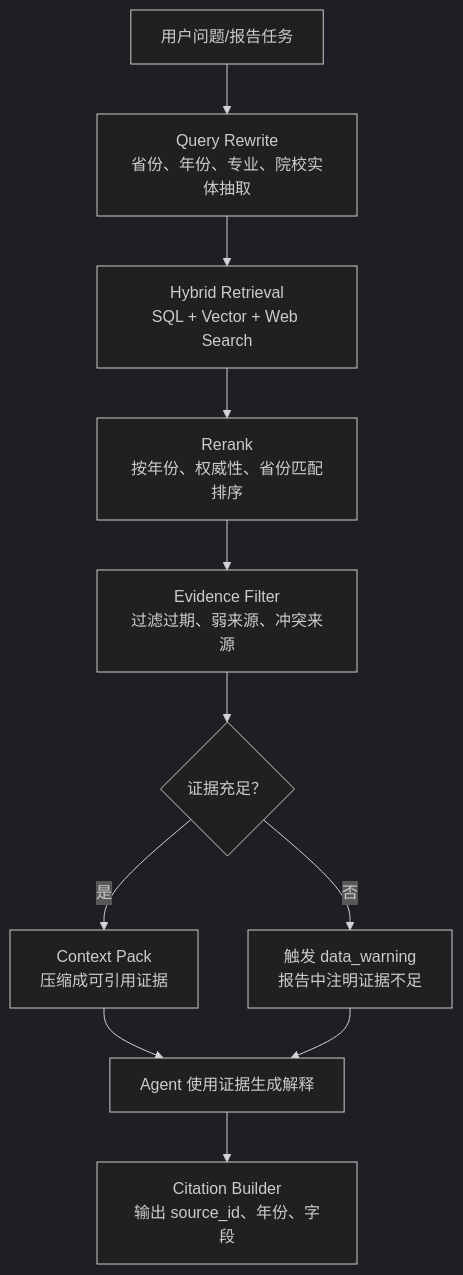
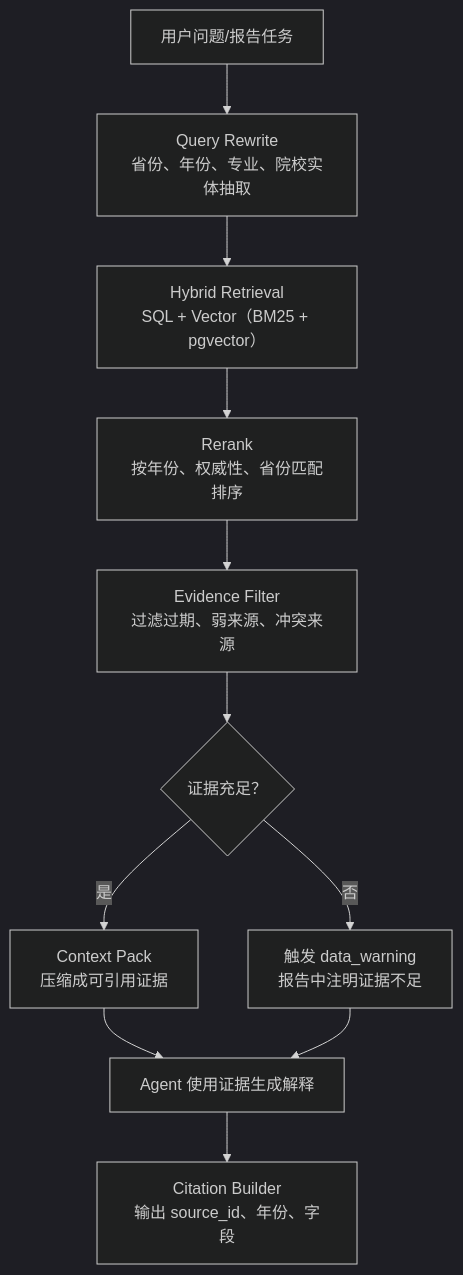
Before and after one commit to debugzhao/jin-guide: the third of 4 diagrams in docs/backend-prd.md, drawn with Mermaid (dark theme). The commit also changed other lines of this file and 2 other files, not shown here.

````diff
--- a/docs/backend-prd.md
+++ b/docs/backend-prd.md
@@ -409,13 +630,13 @@
 ```mermaid
 flowchart TD
   A["用户问题/报告任务"] --> B["Query Rewrite<br/>省份、年份、专业、院校实体抽取"]
-  B --> C["Hybrid Retrieval<br/>SQL + Vector + Web Search"]
+  B --> C["Hybrid Retrieval<br/>SQL + Vector（BM25 + pgvector）"]
   C --> D["Rerank<br/>按年份、权威性、省份匹配排序"]
   D --> E["Evidence Filter<br/>过滤过期、弱来源、冲突来源"]
   E --> F{"证据充足？"}
   F -- "是" --> G["Context Pack<br/>压缩成可引用证据"]
   F -- "否" --> H["触发 data_warning<br/>报告中注明证据不足"]
   G --> I["Agent 使用证据生成解释"]
   H --> I
   I --> J["Citation Builder<br/>输出 source_id、年份、字段"]
 ```
````
